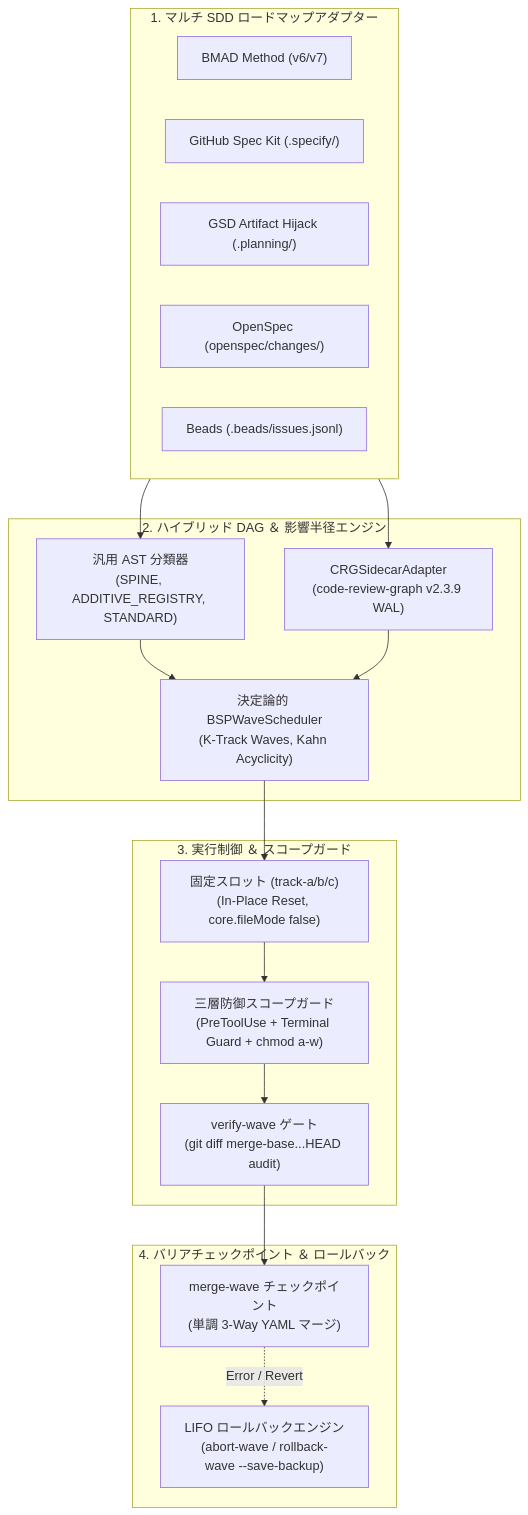
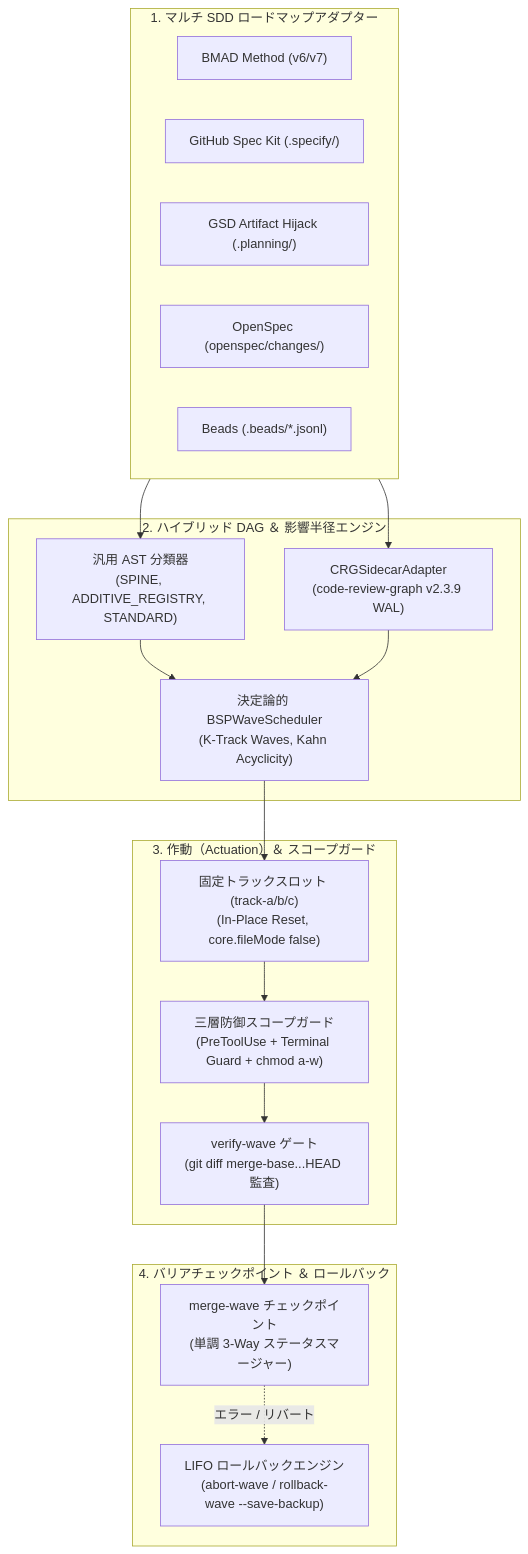
One commit to stopActingSoSmall/sdd-parallel changed the diagram in docs/i18n/ja/README.md. Above: the diagram before and after it, drawn with Mermaid. The commit also changed other lines of this file and 14 other files, not shown here.

````diff
--- a/docs/i18n/ja/README.md
+++ b/docs/i18n/ja/README.md
@@ -157,34 +543,34 @@
 ```mermaid
 flowchart TD
     subgraph Inputs["1. マルチ SDD ロードマップアダプター"]
         BMAD["BMAD Method (v6/v7)"]
         SpecKit["GitHub Spec Kit (.specify/)"]
         GSD["GSD Artifact Hijack (.planning/)"]
         OpenSpec["OpenSpec (openspec/changes/)"]
-        Beads["Beads (.beads/issues.jsonl)"]
+        Beads["Beads (.beads/*.jsonl)"]
     end
 
     subgraph Engine["2. ハイブリッド DAG ＆ 影響半径エンジン"]
         AST["汎用 AST 分類器\n(SPINE, ADDITIVE_REGISTRY, STANDARD)"]
         CRG["CRGSidecarAdapter\n(code-review-graph v2.3.9 WAL)"]
         BSP["決定論的 BSPWaveScheduler\n(K-Track Waves, Kahn Acyclicity)"]
     end
 
-    subgraph Actuation["3. 実行制御 ＆ スコープガード"]
-        Slots["固定スロット (track-a/b/c)\n(In-Place Reset, core.fileMode false)"]
+    subgraph Actuation["3. 作動（Actuation）＆ スコープガード"]
+        Slots["固定トラックスロット (track-a/b/c)\n(In-Place Reset, core.fileMode false)"]
         Guard["三層防御スコープガード\n(PreToolUse + Terminal Guard + chmod a-w)"]
-        Verify["verify-wave ゲート\n(git diff merge-base...HEAD audit)"]
+        Verify["verify-wave ゲート\n(git diff merge-base...HEAD 監査)"]
     end
 
     subgraph Barrier["4. バリアチェックポイント ＆ ロールバック"]
-        Merge["merge-wave チェックポイント\n(単調 3-Way YAML マージ)"]
+        Merge["merge-wave チェックポイント\n(単調 3-Way ステータスマージャー)"]
         Rollback["LIFO ロールバックエンジン\n(abort-wave / rollback-wave --save-backup)"]
     end
 
     Inputs --> AST & CRG
     AST & CRG --> BSP
     BSP --> Slots
     Slots --> Guard --> Verify
     Verify --> Merge
-    Merge -. Error / Revert .-> Rollback
+    Merge -. エラー / リバート .-> Rollback
 ```
````
